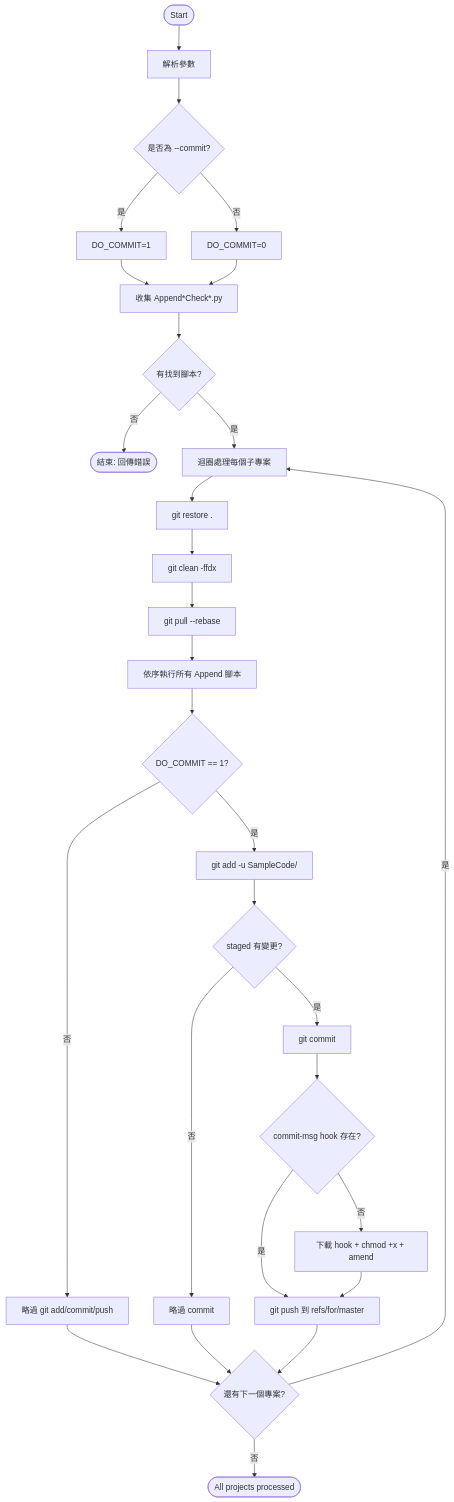
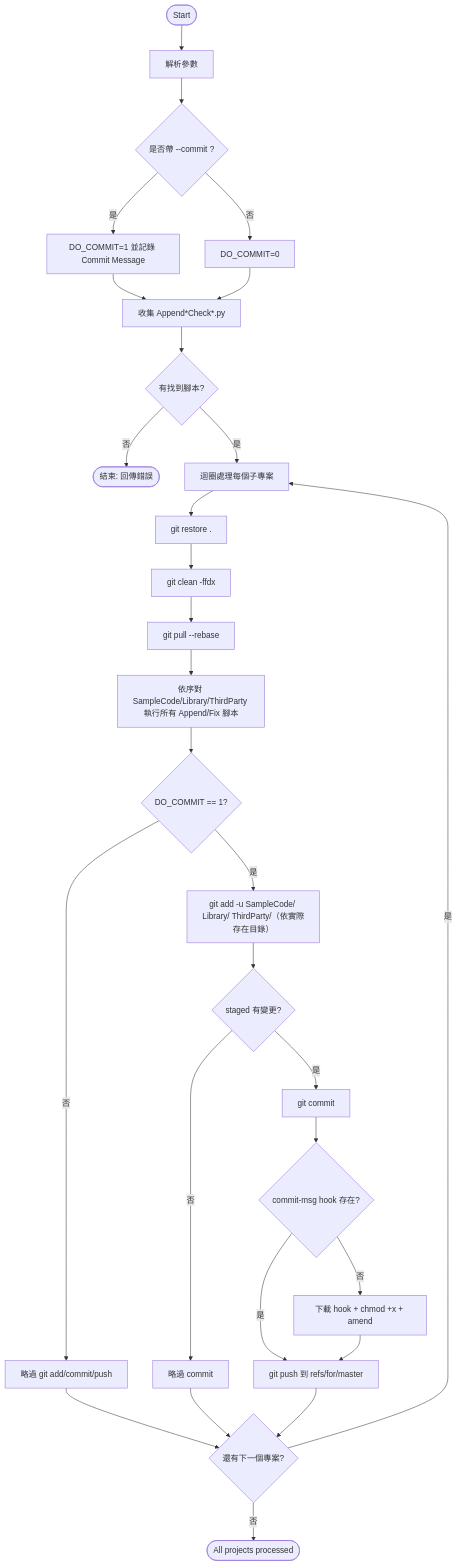
Before and after one commit to wosayttn/Gerrit_NuMicro: the diagram in .github/MissUDad/AutoPR/README.md, drawn with Mermaid. The commit also changed other lines of this file and 10 other files, not shown here.

Commit message:
Add Library/ThirdParty/SampleCode folder scanning.

````diff
--- a/.github/MissUDad/AutoPR/README.md
+++ b/.github/MissUDad/AutoPR/README.md
@@ -243,35 +307,35 @@
 ```mermaid
 flowchart TD
   A([Start]) --> B[解析參數]
-  B --> C{是否為 --commit?}
-  C -->|是| C1[DO_COMMIT=1]
+  B --> C{是否帶 --commit <message>?}
+  C -->|是| C1[DO_COMMIT=1 並記錄 Commit Message]
   C -->|否| C2[DO_COMMIT=0]
   C1 --> D[收集 Append*Check*.py]
   C2 --> D
   D --> E{有找到腳本?}
   E -->|否| X([結束: 回傳錯誤])
   E -->|是| F[迴圈處理每個子專案]
 
   F --> G[git restore .]
   G --> H[git clean -ffdx]
   H --> I[git pull --rebase]
-  I --> J[依序執行所有 Append 腳本]
+  I --> J[依序對 SampleCode/Library/ThirdParty 執行所有 Append/Fix 腳本]
   J --> K{DO_COMMIT == 1?}
 
   K -->|否| L[略過 git add/commit/push]
   L --> M{還有下一個專案?}
 
-  K -->|是| N[git add -u SampleCode/]
+  K -->|是| N[git add -u SampleCode/ Library/ ThirdParty/（依實際存在目錄）]
   N --> O{staged 有變更?}
   O -->|否| P[略過 commit]
   P --> M
   O -->|是| Q[git commit]
   Q --> R{commit-msg hook 存在?}
   R -->|否| S[下載 hook + chmod +x + amend]
   R -->|是| T[git push 到 refs/for/master]
   S --> T
   T --> M
 
   M -->|是| F
   M -->|否| Z([All projects processed])
 ```
````
